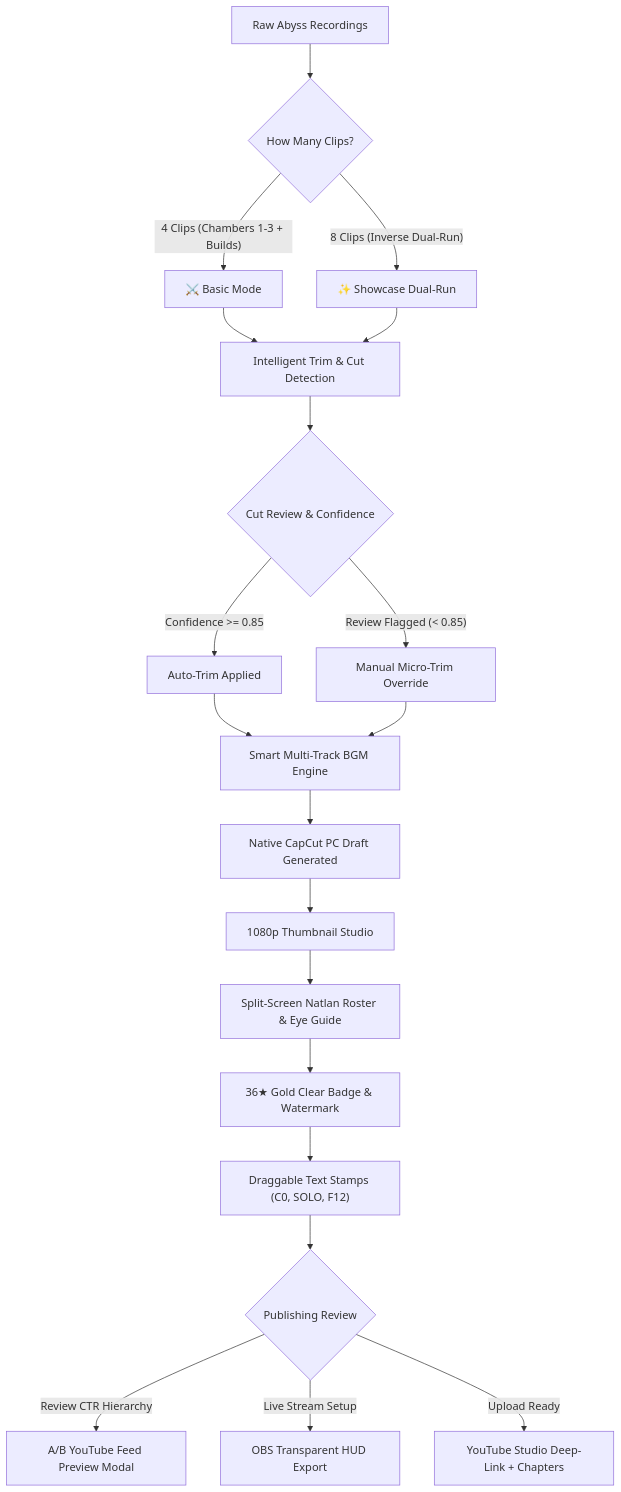
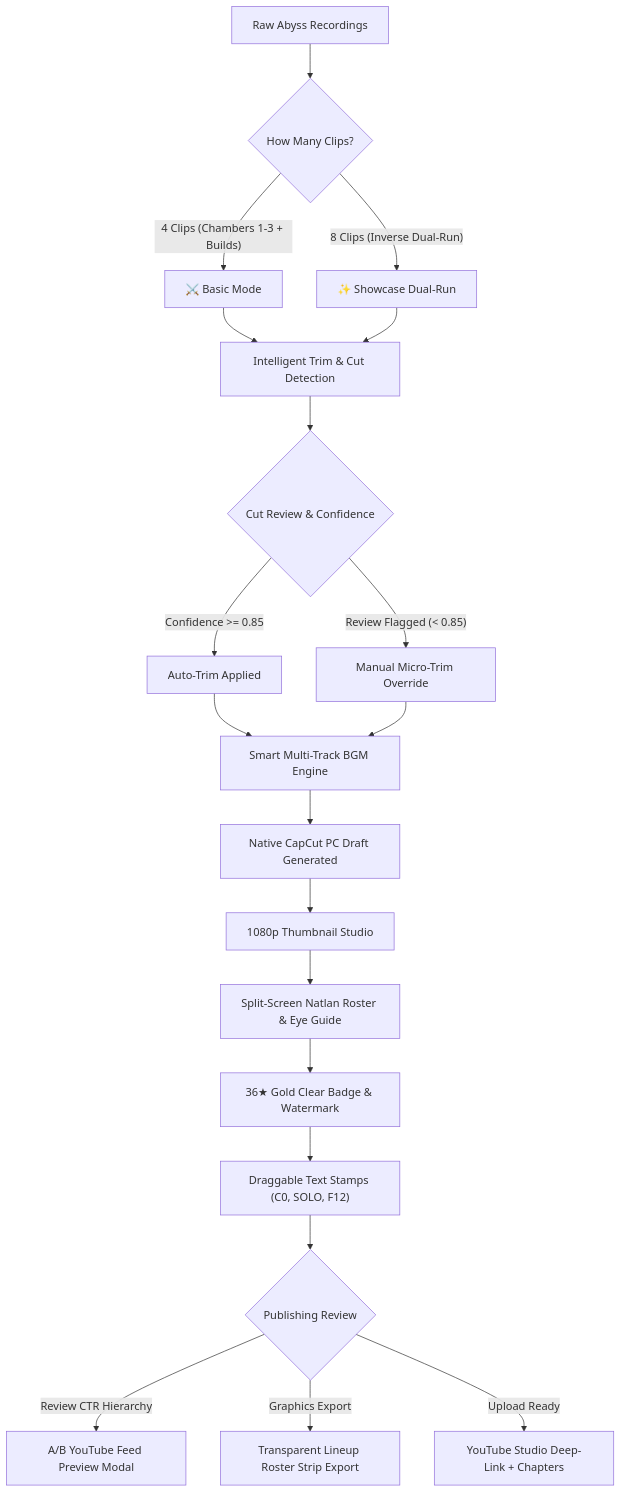
The diagram in README.md (nzubechukwudavid/genshin-abyss-studio), drawn with Mermaid before and after one commit. The commit also changed other lines of this file and 3 other files, not shown here.

Commit message:
refactor(export): remove unused OBS stream overlay preset and streamline export dropdown

````diff
--- a/README.md
+++ b/README.md
@@ -88,27 +88,27 @@
 ```mermaid
 graph TD
     A["Raw Abyss Recordings"] --> B{"How Many Clips?"}
     B -->|"4 Clips (Chambers 1-3 + Builds)"| C["⚔️ Basic Mode"]
     B -->|"8 Clips (Inverse Dual-Run)"| D["✨ Showcase Dual-Run"]
     
     C --> E["Intelligent Trim & Cut Detection"]
     D --> E
     
     E --> F{"Cut Review & Confidence"}
     F -->|"Confidence >= 0.85"| G["Auto-Trim Applied"]
     F -->|"Review Flagged (< 0.85)"| H["Manual Micro-Trim Override"]
     
     G --> I["Smart Multi-Track BGM Engine"]
     H --> I
     I --> J["Native CapCut PC Draft Generated"]
     
     J --> K["1080p Thumbnail Studio"]
     K --> L["Split-Screen Natlan Roster & Eye Guide"]
     L --> M["36★ Gold Clear Badge & Watermark"]
     M --> N["Draggable Text Stamps (C0, SOLO, F12)"]
     
     N --> O{"Publishing Review"}
     O -->|"Review CTR Hierarchy"| P["A/B YouTube Feed Preview Modal"]
-    O -->|"Live Stream Setup"| Q["OBS Transparent HUD Export"]
+    O -->|"Graphics Export"| Q["Transparent Lineup Roster Strip Export"]
     O -->|"Upload Ready"| R["YouTube Studio Deep-Link + Chapters"]
 ```
````
